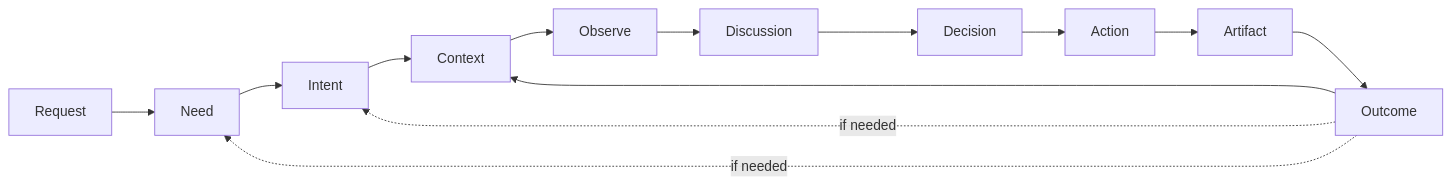
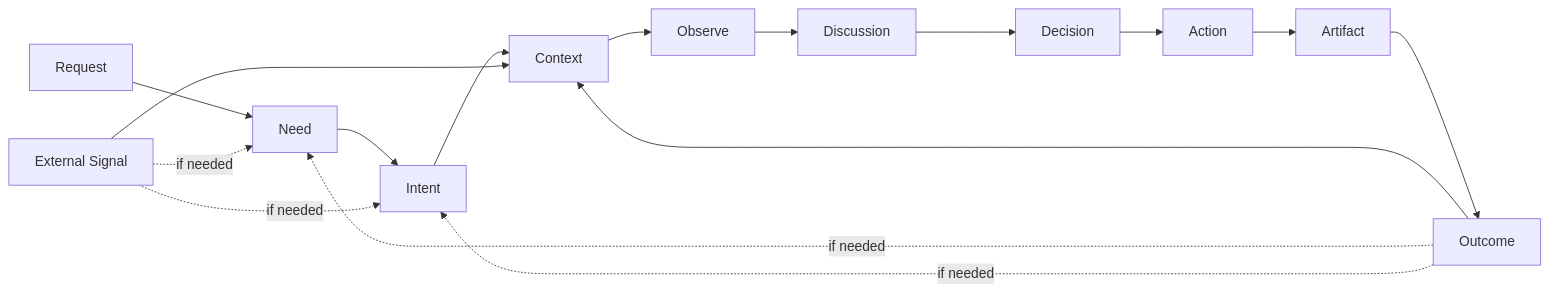
Before and after one commit to popcoondev/ai-organization-framework: the fourth of 4 diagrams in README.md, drawn with Mermaid. The commit also changed other lines of this file and 6 other files, not shown here.

Commit message:
Define external signal handling

````diff
--- a/README.md
+++ b/README.md
@@ -465,18 +479,22 @@
 ```mermaid
 flowchart LR
     request[Request]
     need[Need]
     intent[Intent]
     context[Context]
     observe[Observe]
     discuss[Discussion]
     decide[Decision]
     act[Action]
     artifact[Artifact]
     outcome[Outcome]
+    signal[External Signal]
 
     request --> need --> intent --> context --> observe --> discuss --> decide --> act --> artifact --> outcome
     outcome --> context
+    signal --> context
     outcome -. if needed .-> need
     outcome -. if needed .-> intent
+    signal -. if needed .-> need
+    signal -. if needed .-> intent
 ```
````
